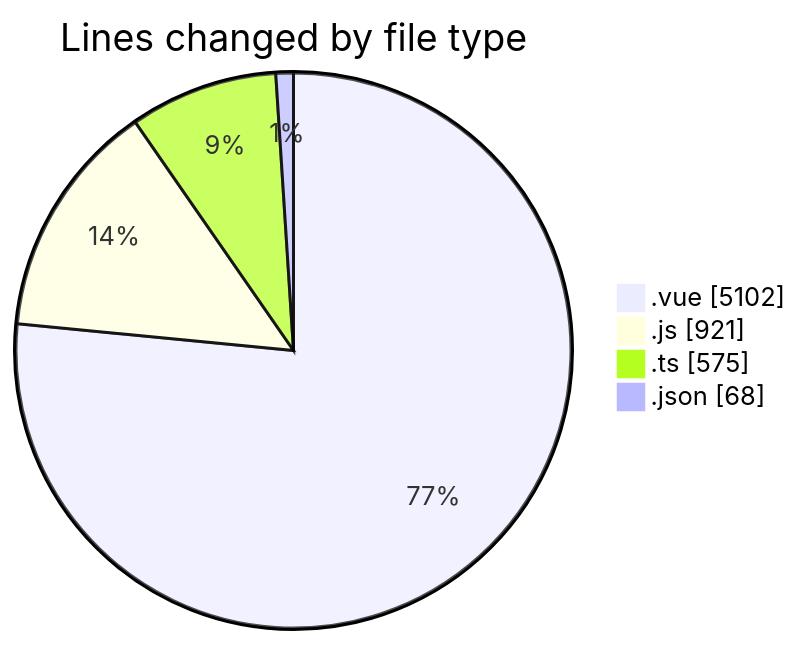
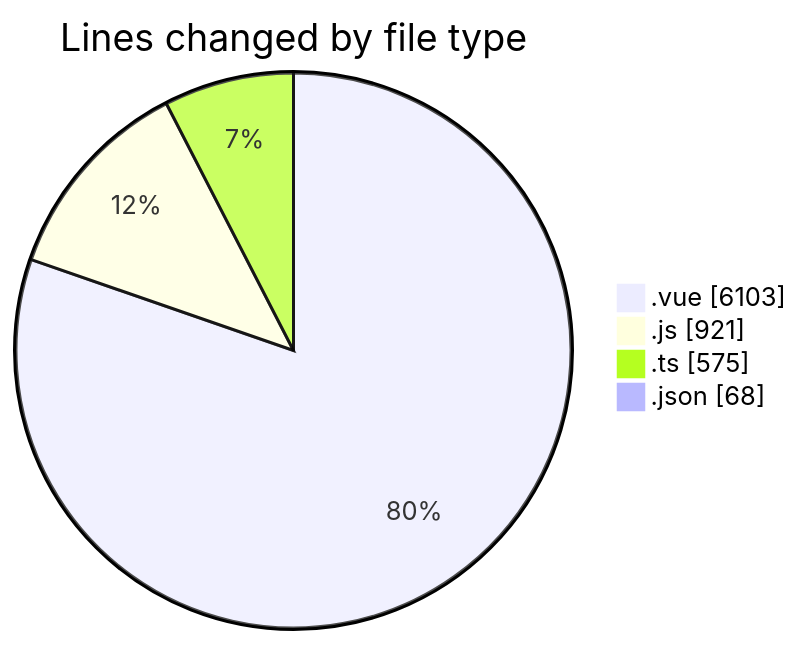
Before and after one commit to lephambinh05/code-tracking: the first of 2 diagrams in 2025-08-12/rentotp/README.md, drawn with Mermaid. The commit also changed other lines of this file and 1 other file, not shown here.

````diff
--- a/2025-08-12/rentotp/README.md
+++ b/2025-08-12/rentotp/README.md
@@ -39,8 +41,8 @@
 ```mermaid
 pie showData
 title Lines changed by file type
-".vue" : 5102
+".vue" : 6103
 ".js" : 921
 ".ts" : 575
 ".json" : 68
 ```
````
